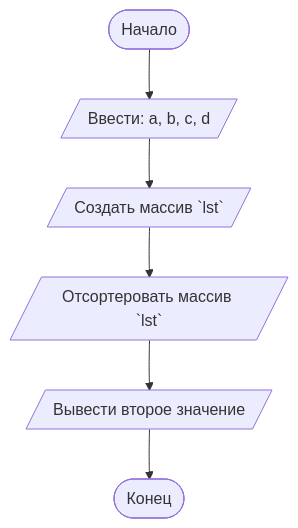
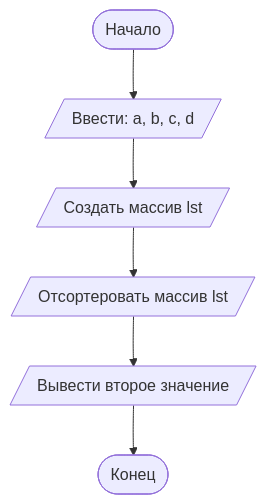
One commit to 3214Hoh/LabExample changed the diagram in README.md. Above: the diagram before and after it, drawn with Mermaid. The commit also changed other lines of this file, not shown here.

````diff
--- a/README.md
+++ b/README.md
@@ -71,8 +71,8 @@
 ```mermaid
 graph TD
   A([Начало]) --> B[/Ввести: a, b, c, d/]
-  B --> C[/Создать массив `lst`/]
-  C --> D[/Отсортеровать массив `lst`/]
+  B --> C[/Создать массив lst/]
+  C --> D[/Отсортеровать массив lst/]
   D --> E[/Вывести второе значение/]
   E --> Z([Конец])
 ```
````
